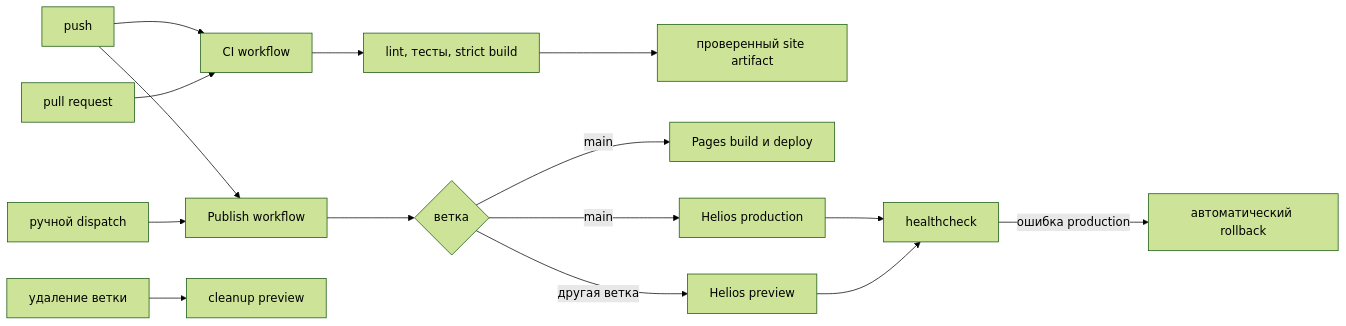
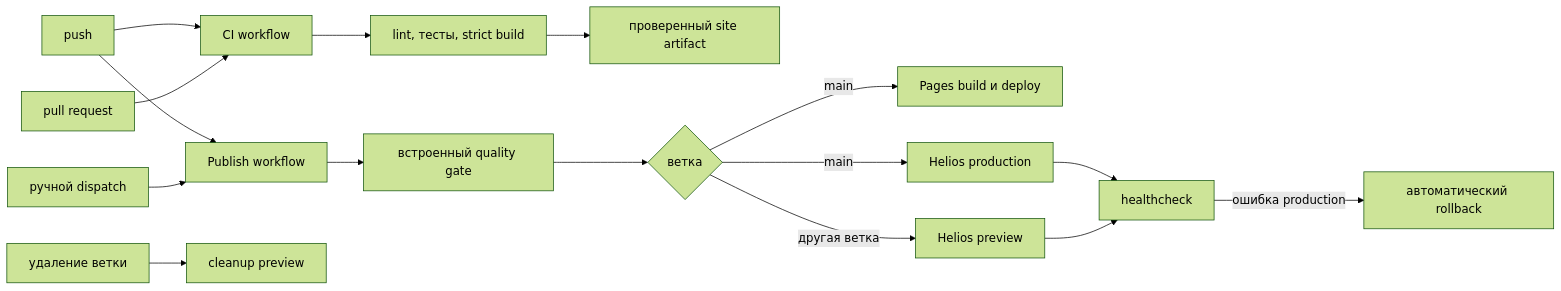
Before and after one commit to WhoamiTitle/mkdocs-deployment-lab: the diagram in docs/practical/p4/pipeline.md, drawn with Mermaid (forest theme). The commit also changed other lines of this file and 60 other files, not shown here.

First line of the commit message:
refactor(pipeline): strengthen architecture and quality checks

````diff
--- a/docs/practical/p4/pipeline.md
+++ b/docs/practical/p4/pipeline.md
@@ -3,19 +3,20 @@
 ```mermaid
 flowchart LR
     A[push] --> B[CI workflow]
     P[pull request] --> B
     B --> C[lint, тесты, strict build]
     C --> D[проверенный site artifact]
 
     A --> E[Publish workflow]
     M[ручной dispatch] --> E
-    E --> F{ветка}
+    E --> Q[встроенный quality gate]
+    Q --> F{ветка}
     F -->|main| G[Pages build и deploy]
     F -->|main| H[Helios production]
     F -->|другая ветка| I[Helios preview]
     H --> J[healthcheck]
     I --> J
     J -->|ошибка production| K[автоматический rollback]
 
     X[удаление ветки] --> L[cleanup preview]
 ```
````
